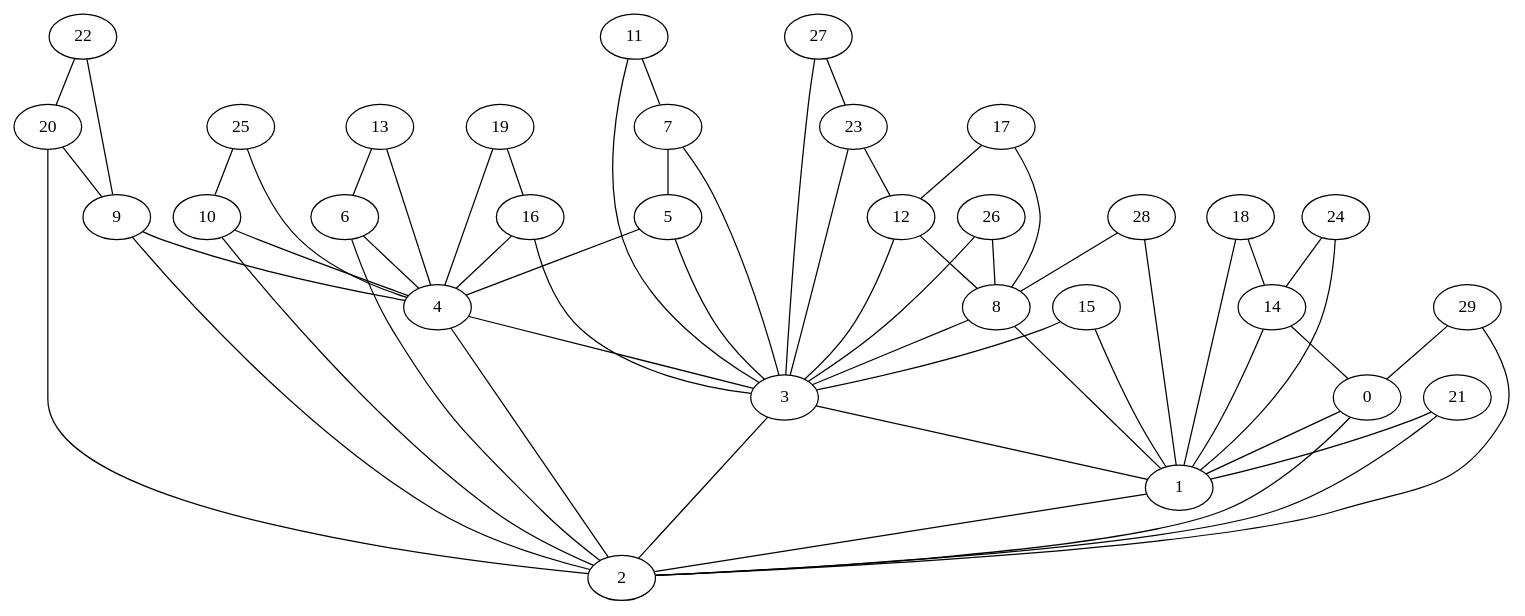
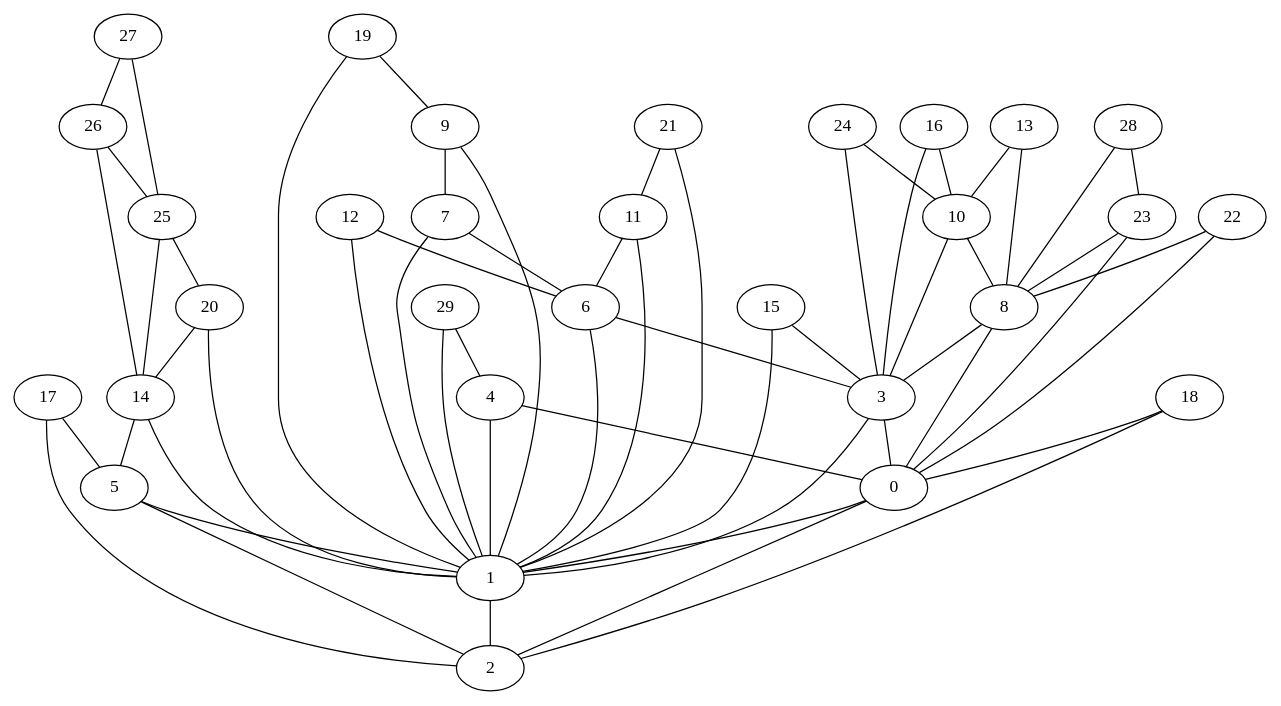
The diagram in gv/Dorogovtsev_Mendes_30.gv (OmarAlejandroLinares/ProyectoDAA), drawn with Graphviz before and after one commit. The commit also changed 158 other files, not shown here.

```diff
--- a/gv/Dorogovtsev_Mendes_30.gv
+++ b/gv/Dorogovtsev_Mendes_30.gv
@@ -1,89 +1,89 @@
 graph {
 	0 [label=0]
 	1 [label=1]
 	2 [label=2]
 	3 [label=3]
 	4 [label=4]
 	5 [label=5]
 	6 [label=6]
 	7 [label=7]
 	8 [label=8]
 	9 [label=9]
 	10 [label=10]
 	11 [label=11]
 	12 [label=12]
 	13 [label=13]
 	14 [label=14]
 	15 [label=15]
 	16 [label=16]
 	17 [label=17]
 	18 [label=18]
 	19 [label=19]
 	20 [label=20]
 	21 [label=21]
 	22 [label=22]
 	23 [label=23]
 	24 [label=24]
 	25 [label=25]
 	26 [label=26]
 	27 [label=27]
 	28 [label=28]
 	29 [label=29]
 	0 -- 1
 	1 -- 2
 	2 -- 0
+	3 -- 0
 	3 -- 1
-	3 -- 2
-	4 -- 3
-	4 -- 2
-	5 -- 4
-	5 -- 3
-	6 -- 4
-	6 -- 2
-	7 -- 5
-	7 -- 3
+	4 -- 0
+	4 -- 1
+	5 -- 1
+	5 -- 2
+	6 -- 3
+	6 -- 1
+	7 -- 6
+	7 -- 1
 	8 -- 3
-	8 -- 1
-	9 -- 4
-	9 -- 2
-	10 -- 4
-	10 -- 2
-	11 -- 7
-	11 -- 3
-	12 -- 8
-	12 -- 3
-	13 -- 6
-	13 -- 4
-	14 -- 0
+	8 -- 0
+	9 -- 7
+	9 -- 1
+	10 -- 8
+	10 -- 3
+	11 -- 6
+	11 -- 1
+	12 -- 6
+	12 -- 1
+	13 -- 10
+	13 -- 8
+	14 -- 5
 	14 -- 1
 	15 -- 3
 	15 -- 1
-	16 -- 4
+	16 -- 10
 	16 -- 3
-	17 -- 12
-	17 -- 8
-	18 -- 14
-	18 -- 1
-	19 -- 16
-	19 -- 4
-	20 -- 9
-	20 -- 2
+	17 -- 5
+	17 -- 2
+	18 -- 2
+	18 -- 0
+	19 -- 9
+	19 -- 1
+	20 -- 14
+	20 -- 1
+	21 -- 11
 	21 -- 1
-	21 -- 2
-	22 -- 20
-	22 -- 9
-	23 -- 12
-	23 -- 3
-	24 -- 14
-	24 -- 1
-	25 -- 10
-	25 -- 4
-	26 -- 8
-	26 -- 3
-	27 -- 23
-	27 -- 3
+	22 -- 8
+	22 -- 0
+	23 -- 8
+	23 -- 0
+	24 -- 10
+	24 -- 3
+	25 -- 20
+	25 -- 14
+	26 -- 25
+	26 -- 14
+	27 -- 26
+	27 -- 25
+	28 -- 23
 	28 -- 8
-	28 -- 1
-	29 -- 2
-	29 -- 0
+	29 -- 4
+	29 -- 1
 }
```
